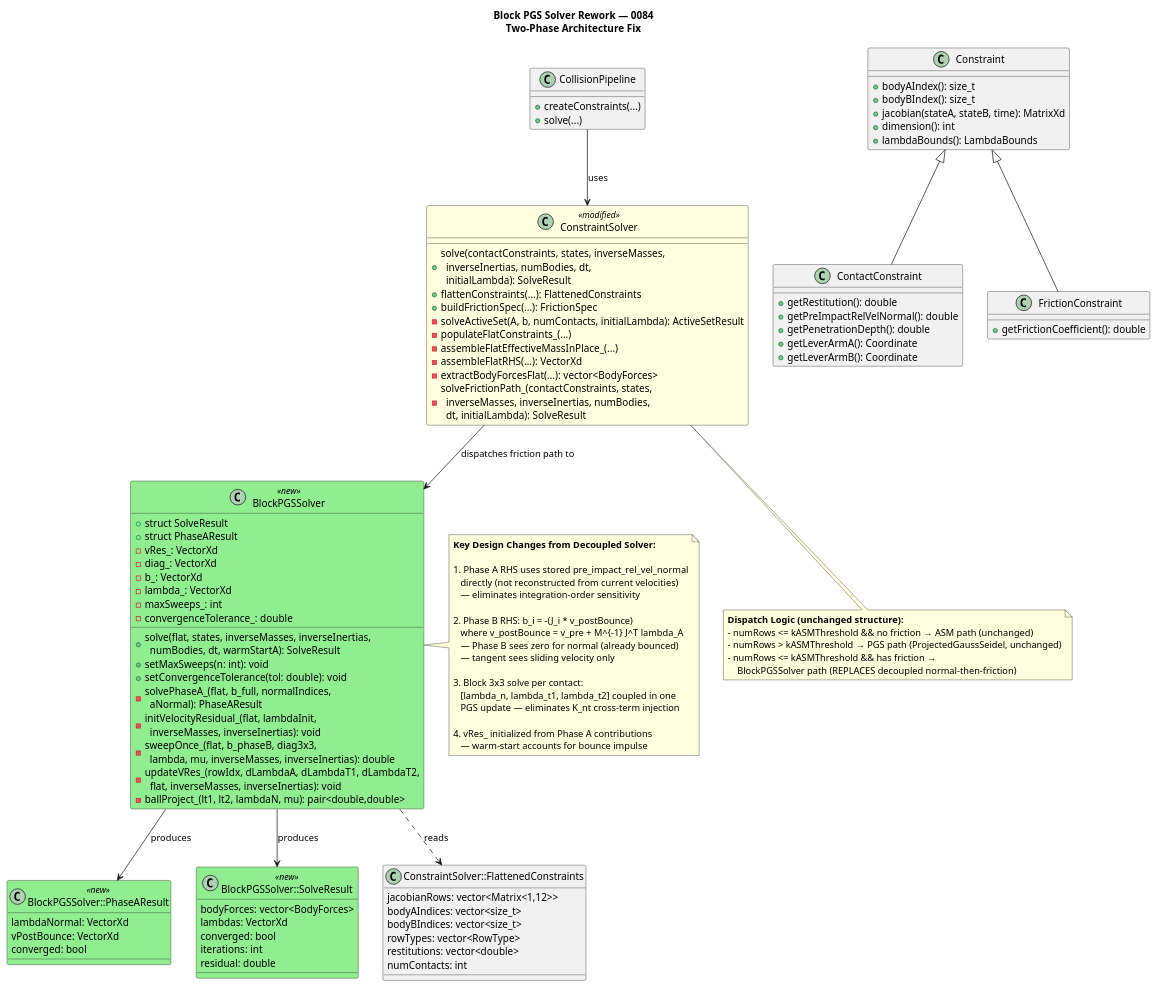
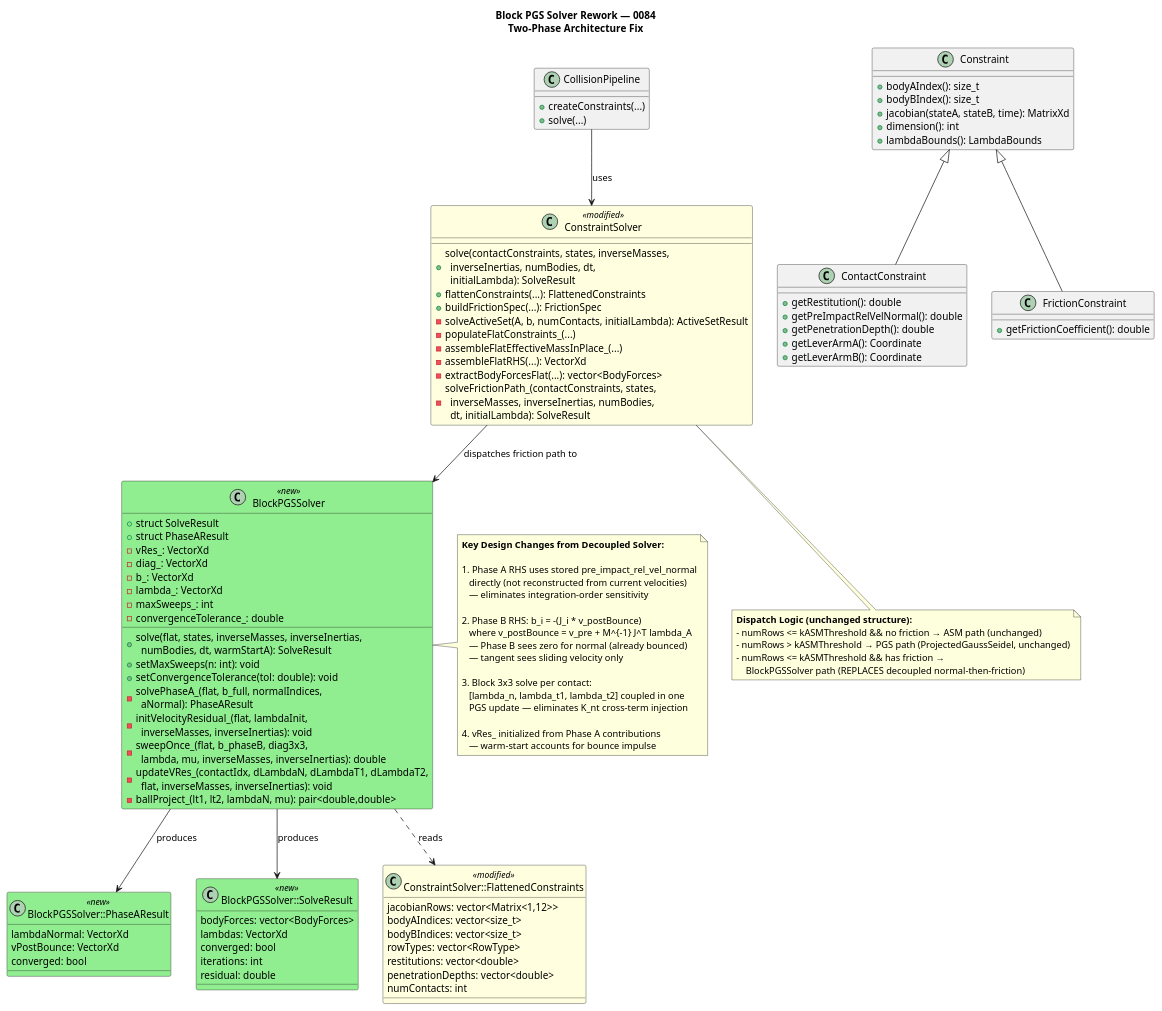
Before and after one commit to danielnewman09/MSD-CPP: the diagram in docs/designs/0084_block_pgs_solver_rework/0084_block_pgs_solver_rework.puml, drawn with PlantUML. The commit also changed 1 other file, not shown here.

Commit message:
review: design review for 0084_block_pgs_solver_rework
APPROVED WITH NOTES after one autonomous iteration.

Issues resolved in-review:
- updateVRes_ signature corrected to 3-component block form (dLambdaN, dLambdaT1, dLambdaT2)
- FlattenedConstraints updated with penetrationDepths[] field (human-confirmed Option A)
- convergenceTol_ renamed to convergenceTolerance_ (MSD-NAME-001 compliance)
- Both open questions marked as resolved per human decision

```diff
--- a/docs/designs/0084_block_pgs_solver_rework/0084_block_pgs_solver_rework.puml
+++ b/docs/designs/0084_block_pgs_solver_rework/0084_block_pgs_solver_rework.puml
@@ -1,157 +1,161 @@
 @startuml 0084_block_pgs_solver_rework
 skinparam class {
     BackgroundColor<<new>> LightGreen
     BackgroundColor<<modified>> LightYellow
     BackgroundColor<<removed>> Pink
 }
 
 title Block PGS Solver Rework — 0084\nTwo-Phase Architecture Fix
 
 ' ===== Existing unchanged classes =====
 
 class Constraint {
     +bodyAIndex(): size_t
     +bodyBIndex(): size_t
     +jacobian(stateA, stateB, time): MatrixXd
     +dimension(): int
     +lambdaBounds(): LambdaBounds
 }
 
 class ContactConstraint {
     +getRestitution(): double
     +getPreImpactRelVelNormal(): double
     +getPenetrationDepth(): double
     +getLeverArmA(): Coordinate
     +getLeverArmB(): Coordinate
 }
 
 class FrictionConstraint {
     +getFrictionCoefficient(): double
 }
 
 class CollisionPipeline {
     +createConstraints(...)
     +solve(...)
 }
 
 ' ===== Modified class =====
 
 class ConstraintSolver <<modified>> {
     ' --- Existing (unchanged) ---
     +solve(contactConstraints, states, inverseMasses,\n  inverseInertias, numBodies, dt,\n  initialLambda): SolveResult
     +flattenConstraints(...): FlattenedConstraints
     +buildFrictionSpec(...): FrictionSpec
     -solveActiveSet(A, b, numContacts, initialLambda): ActiveSetResult
     -populateFlatConstraints_(...)
     -assembleFlatEffectiveMassInPlace_(...)
     -assembleFlatRHS(...): VectorXd
     -extractBodyForcesFlat(...): vector<BodyForces>
     ' --- Modified ---
     -solveFrictionPath_(contactConstraints, states,\n  inverseMasses, inverseInertias, numBodies,\n  dt, initialLambda): SolveResult
     ' --- Previously: decoupled normal-then-friction ---
     ' --- Now: BlockPGSSolver two-phase ---
 }
 
 ' ===== New class =====
 
 class BlockPGSSolver <<new>> {
     ' Two-phase solver replacing decoupled normal-then-friction
     '
     ' Phase A (Restitution Pre-Solve):
     '   Solve normals-only LCP with (1+e)*v_pre RHS
     '   Apply normal impulse to update velocities
     '   Record post-bounce velocity as warm-start for Phase B
     '
     ' Phase B (Dissipative Block PGS):
     '   RHS uses post-bounce velocity (NOT (1+e)*v)
     '   3x3 block solve per contact: [n, t1, t2] coupled
     '   Coulomb cone projection: ||lambda_t|| <= mu*lambda_n
     '   Velocity residual tracks M^{-1} J^T lambda
     '
     +solve(flat, states, inverseMasses, inverseInertias,\n  numBodies, dt, warmStartA): SolveResult
     +setMaxSweeps(n: int): void
     +setConvergenceTolerance(tol: double): void
     ' --- Phase A ---
     -solvePhaseA_(flat, b_full, normalIndices,\n  aNormal): PhaseAResult
     ' --- Phase B ---
     -initVelocityResidual_(flat, lambdaInit,\n  inverseMasses, inverseInertias): void
     -sweepOnce_(flat, b_phaseB, diag3x3,\n  lambda, mu, inverseMasses, inverseInertias): double
-    -updateVRes_(rowIdx, dLambdaA, dLambdaT1, dLambdaT2,\n  flat, inverseMasses, inverseInertias): void
+    -updateVRes_(contactIdx, dLambdaN, dLambdaT1, dLambdaT2,\n  flat, inverseMasses, inverseInertias): void
     -ballProject_(lt1, lt2, lambdaN, mu): pair<double,double>
     ' --- Result struct ---
     +{field} struct SolveResult
     +{field} struct PhaseAResult
     ' --- Workspace members ---
     -vRes_: VectorXd
     -diag_: VectorXd
     -b_: VectorXd
     -lambda_: VectorXd
     -maxSweeps_: int
     -convergenceTolerance_: double
 }
 
 note right of BlockPGSSolver
   **Key Design Changes from Decoupled Solver:**
 
   1. Phase A RHS uses stored pre_impact_rel_vel_normal
      directly (not reconstructed from current velocities)
      — eliminates integration-order sensitivity
 
   2. Phase B RHS: b_i = -(J_i * v_postBounce)
      where v_postBounce = v_pre + M^{-1} J^T lambda_A
      — Phase B sees zero for normal (already bounced)
      — tangent sees sliding velocity only
 
   3. Block 3x3 solve per contact:
      [lambda_n, lambda_t1, lambda_t2] coupled in one
      PGS update — eliminates K_nt cross-term injection
 
   4. vRes_ initialized from Phase A contributions
      — warm-start accounts for bounce impulse
 end note
 
 ' ===== Struct types =====
 
 class "BlockPGSSolver::PhaseAResult" <<new>> {
     lambdaNormal: VectorXd
     vPostBounce: VectorXd
     converged: bool
 }
 
 class "BlockPGSSolver::SolveResult" <<new>> {
     bodyForces: vector<BodyForces>
     lambdas: VectorXd
     converged: bool
     iterations: int
     residual: double
 }
 
-class "ConstraintSolver::FlattenedConstraints" {
+class "ConstraintSolver::FlattenedConstraints" <<modified>> {
     jacobianRows: vector<Matrix<1,12>>
     bodyAIndices: vector<size_t>
     bodyBIndices: vector<size_t>
     rowTypes: vector<RowType>
     restitutions: vector<double>
+    penetrationDepths: vector<double>
     numContacts: int
+    ' penetrationDepths added for Phase B ERP term (DD-0084-006)
+    ' Populated in populateFlatConstraints_() from ContactConstraint::getPenetrationDepth()
+    ' Zero for Tangent rows
 }
 
 ' ===== Relationships =====
 
 Constraint <|-- ContactConstraint
 Constraint <|-- FrictionConstraint
 
 CollisionPipeline --> ConstraintSolver : uses
 ConstraintSolver --> BlockPGSSolver : "dispatches friction path to"
 BlockPGSSolver ..> "ConstraintSolver::FlattenedConstraints" : "reads"
 BlockPGSSolver --> "BlockPGSSolver::PhaseAResult" : produces
 BlockPGSSolver --> "BlockPGSSolver::SolveResult" : produces
 
 note bottom of ConstraintSolver
   **Dispatch Logic (unchanged structure):**
   - numRows <= kASMThreshold && no friction → ASM path (unchanged)
   - numRows > kASMThreshold → PGS path (ProjectedGaussSeidel, unchanged)
   - numRows <= kASMThreshold && has friction →
       BlockPGSSolver path (REPLACES decoupled normal-then-friction)
 end note
 
 @enduml
```
